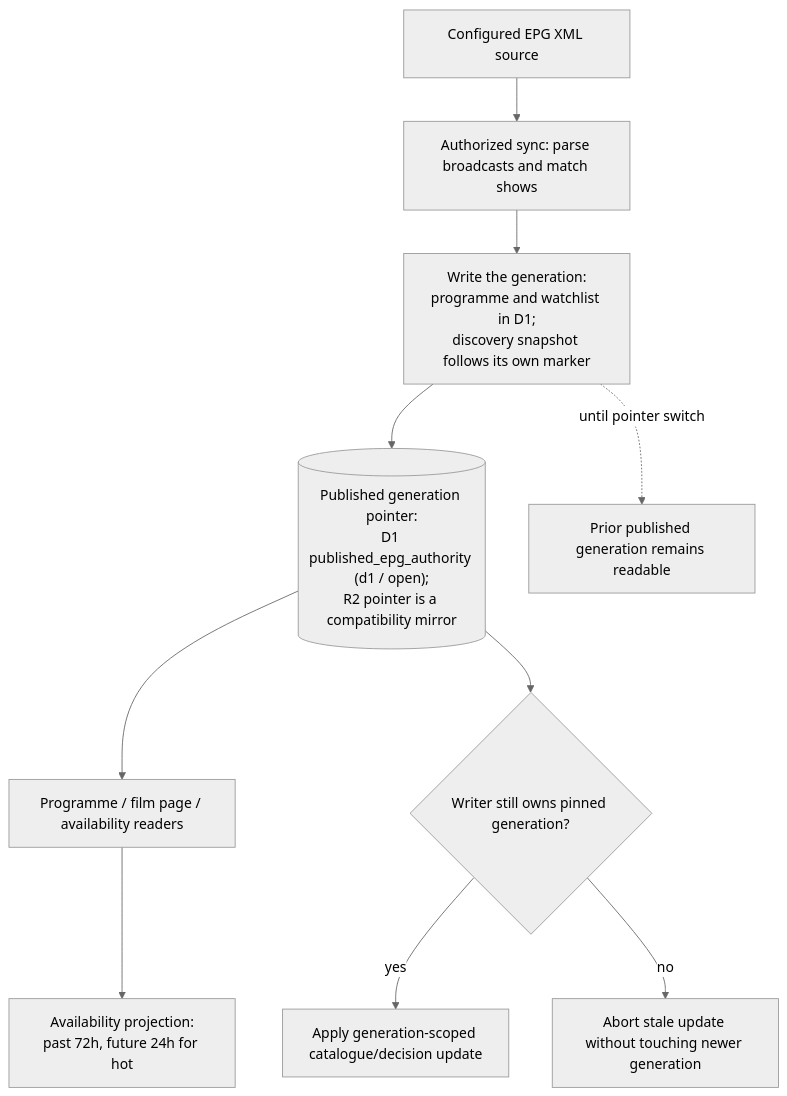
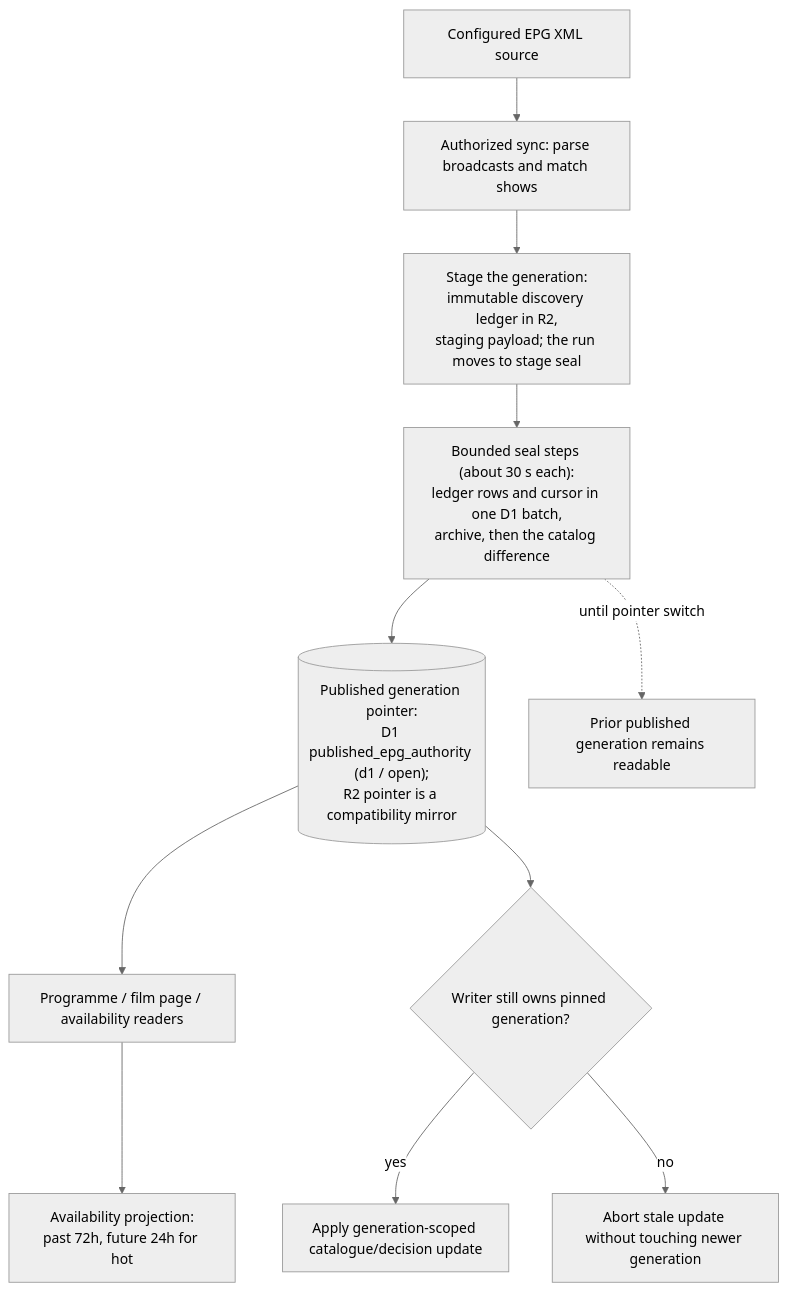
One commit to vladimino/iptv-watchlist changed the diagram in docs/architecture/epg-and-availability.md. Above: the diagram before and after it, drawn with Mermaid (neutral theme). The commit also changed other lines of this file and 20 other files, not shown here.

First line of the commit message:
AIR-356: resumable bounded ledger seal for the EPG commit (ADR 0092 Proposed)

````diff
--- a/docs/architecture/epg-and-availability.md
+++ b/docs/architecture/epg-and-availability.md
@@ -5,19 +5,20 @@
 ```mermaid
 flowchart TD
     source["Configured EPG XML source"]
     parse["Authorized sync: parse broadcasts and match shows"]
-    staging["Write the generation:<br/>programme and watchlist in D1;<br/>discovery snapshot follows its own marker"]
+    staging["Stage the generation:<br/>immutable discovery ledger in R2,<br/>staging payload; the run moves to stage seal"]
+    seal["Bounded seal steps (about 30 s each):<br/>ledger rows and cursor in one D1 batch,<br/>archive, then the catalog difference"]
     pointer[("Published generation pointer:<br/>D1 published_epg_authority (d1 / open);<br/>R2 pointer is a compatibility mirror")]
     readers["Programme / film page / availability readers"]
     window["Availability projection:<br/>past 72h, future 24h for hot"]
     previous["Prior published generation remains readable"]
     stale{"Writer still owns pinned generation?"}
     update["Apply generation-scoped catalogue/decision update"]
     reject["Abort stale update without touching newer generation"]
-    source --> parse --> staging --> pointer
+    source --> parse --> staging --> seal --> pointer
     pointer --> readers --> window
-    staging -.->|until pointer switch| previous
+    seal -.->|until pointer switch| previous
     pointer --> stale
     stale -->|yes| update
     stale -->|no| reject
 ```
````
